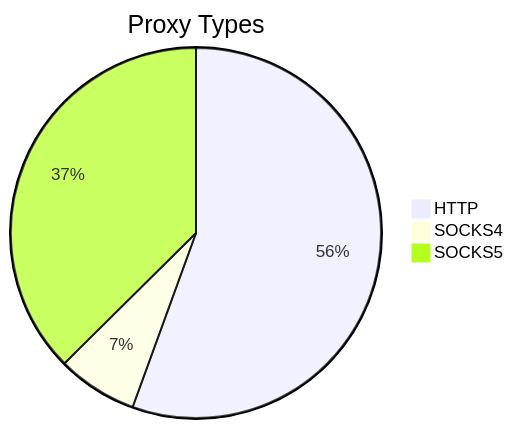
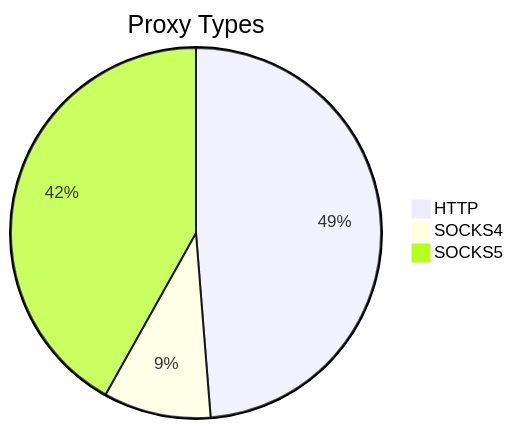
The first of 2 diagrams in README.md (stormsia/proxy-list), drawn with Mermaid before and after one commit. The commit also changed other lines of this file, not shown here.

````diff
--- a/README.md
+++ b/README.md
@@ -21,6 +21,6 @@
 ```mermaid
 pie title Proxy Types
-    "HTTP" : 95
-    "SOCKS4" : 12
-    "SOCKS5" : 64
+    "HTTP" : 135
+    "SOCKS4" : 26
+    "SOCKS5" : 116
 ```
````
